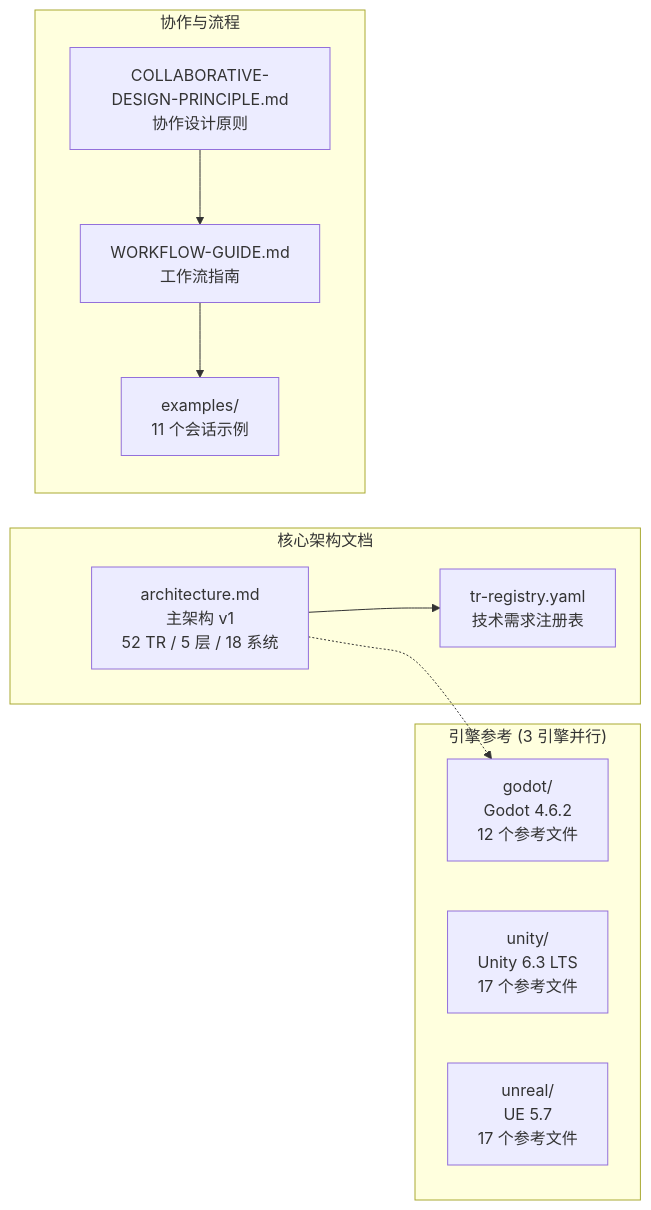
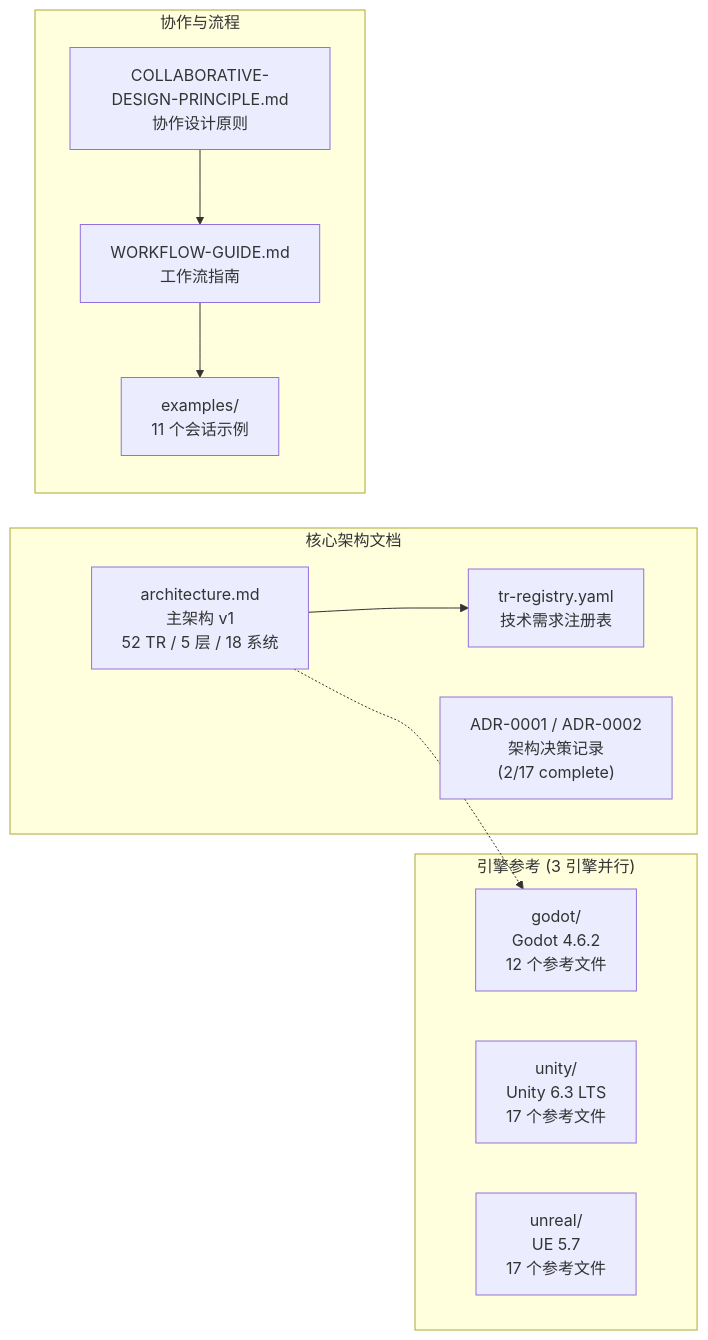
The third of 7 diagrams in docs/document-index.md (lieinsay/Claude-Code-Game-Studios), drawn with Mermaid before and after one commit. The commit also changed other lines of this file and 4 other files, not shown here.

````diff
--- a/docs/document-index.md
+++ b/docs/document-index.md
@@ -226,24 +226,25 @@
 ```mermaid
 graph LR
     subgraph 核心架构["核心架构文档"]
         MA["architecture.md<br/>主架构 v1<br/>52 TR / 5 层 / 18 系统"]
         TR["tr-registry.yaml<br/>技术需求注册表"]
+        ADR["ADR-0001 / ADR-0002<br/>架构决策记录<br/>(2/17 complete)"]
     end
 
     subgraph 引擎参考["引擎参考 (3 引擎并行)"]
         GODOT["godot/<br/>Godot 4.6.2<br/>12 个参考文件"]
         UNITY["unity/<br/>Unity 6.3 LTS<br/>17 个参考文件"]
         UNREAL["unreal/<br/>UE 5.7<br/>17 个参考文件"]
     end
 
     subgraph 协作规范["协作与流程"]
         CP["COLLABORATIVE-DESIGN-PRINCIPLE.md<br/>协作设计原则"]
         WG["WORKFLOW-GUIDE.md<br/>工作流指南"]
         EX["examples/<br/>11 个会话示例"]
     end
 
     MA --> TR
     MA -.-> GODOT
     CP --> WG
     WG --> EX
 ```
````
